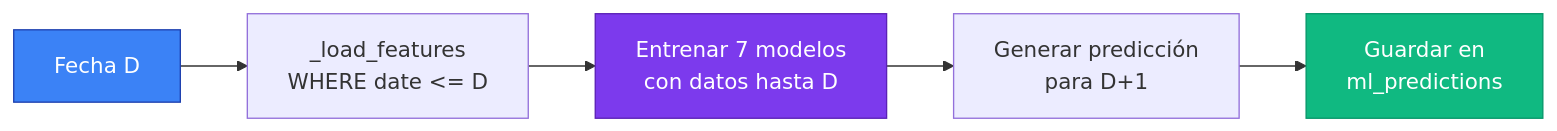
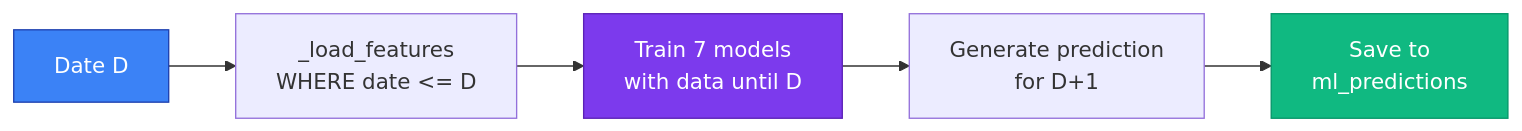
The third of 3 diagrams in README.md (gortif00/stock-ml-prediction-platform), drawn with Mermaid before and after one commit. The commit also changed other lines of this file and 2 other files, not shown here.

````diff
--- a/README.md
+++ b/README.md
@@ -624,11 +622,11 @@
 ```mermaid
 graph LR
-    A[Fecha D] --> B[_load_features<br/>WHERE date <= D]
-    B --> C[Entrenar 7 modelos<br/>con datos hasta D]
-    C --> D[Generar predicción<br/>para D+1]
-    D --> E[Guardar en<br/>ml_predictions]
+    A[Date D] --> B[_load_features<br/>WHERE date <= D]
+    B --> C[Train 7 models<br/>with data until D]
+    C --> D[Generate prediction<br/>for D+1]
+    D --> E[Save to<br/>ml_predictions]
     
     style A fill:#3B82F6,stroke:#1E40AF,color:#fff
     style C fill:#7C3AED,stroke:#5B21B6,color:#fff
     style E fill:#10B981,stroke:#059669,color:#fff
 ```
````
